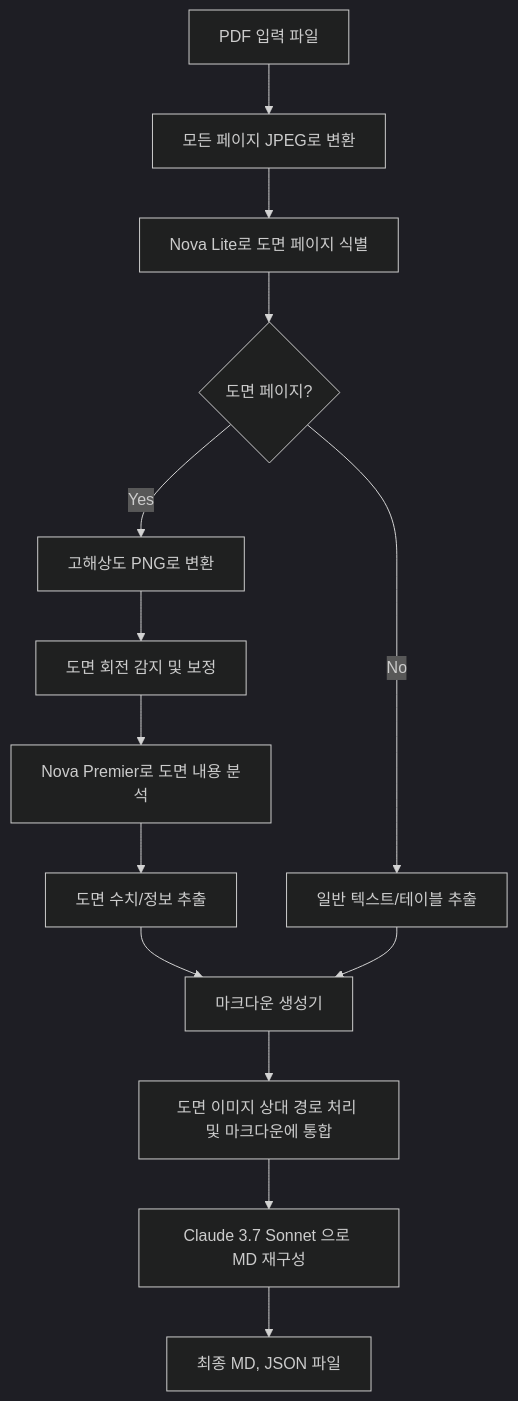
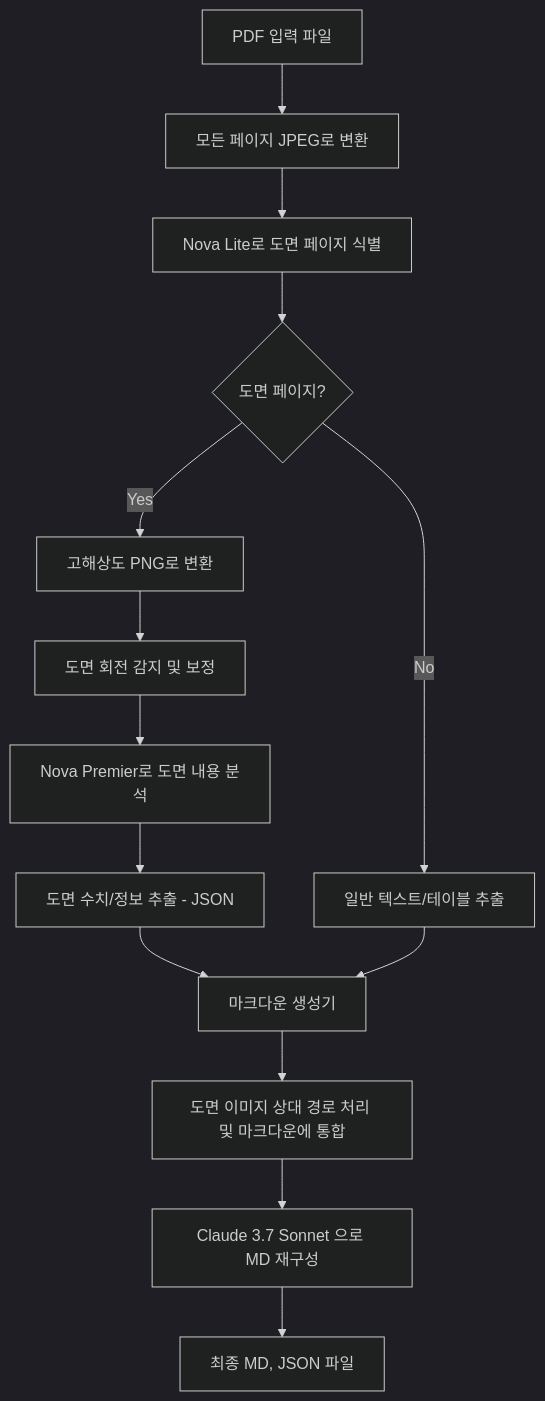
One commit to jesamkim/diagram-parsing changed the diagram in README.md. Above: the diagram before and after it, drawn with Mermaid (dark theme).

````diff
--- a/README.md
+++ b/README.md
@@ -60,16 +60,16 @@
 ```mermaid
 graph TD
     A[PDF 입력 파일] --> B[모든 페이지 JPEG로 변환]
     B --> C[Nova Lite로 도면 페이지 식별]
     C --> D{도면 페이지?}
     D -- Yes --> E[고해상도 PNG로 변환]
     E --> F[도면 회전 감지 및 보정]
     F --> G[Nova Premier로 도면 내용 분석]
-    G --> H[도면 수치/정보 추출]
+    G --> H[도면 수치/정보 추출 - JSON]
     D -- No --> I[일반 텍스트/테이블 추출]
     H --> J[마크다운 생성기]
     I --> J
     J --> K[도면 이미지 상대 경로 처리 및 마크다운에 통합]
     K --> L[Claude 3.7 Sonnet 으로 MD 재구성]
     L --> M[최종 MD, JSON 파일]
 ```
````
